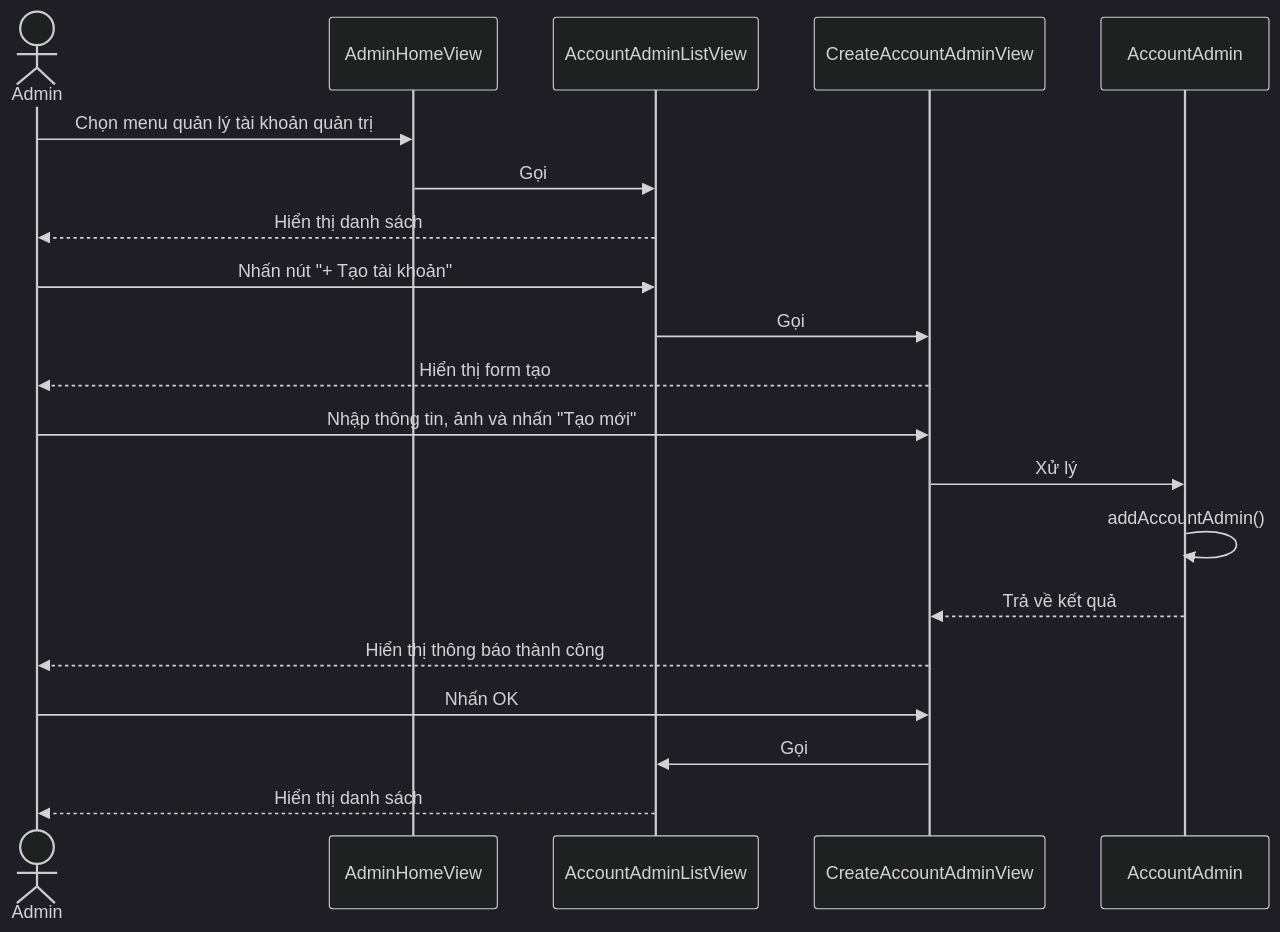
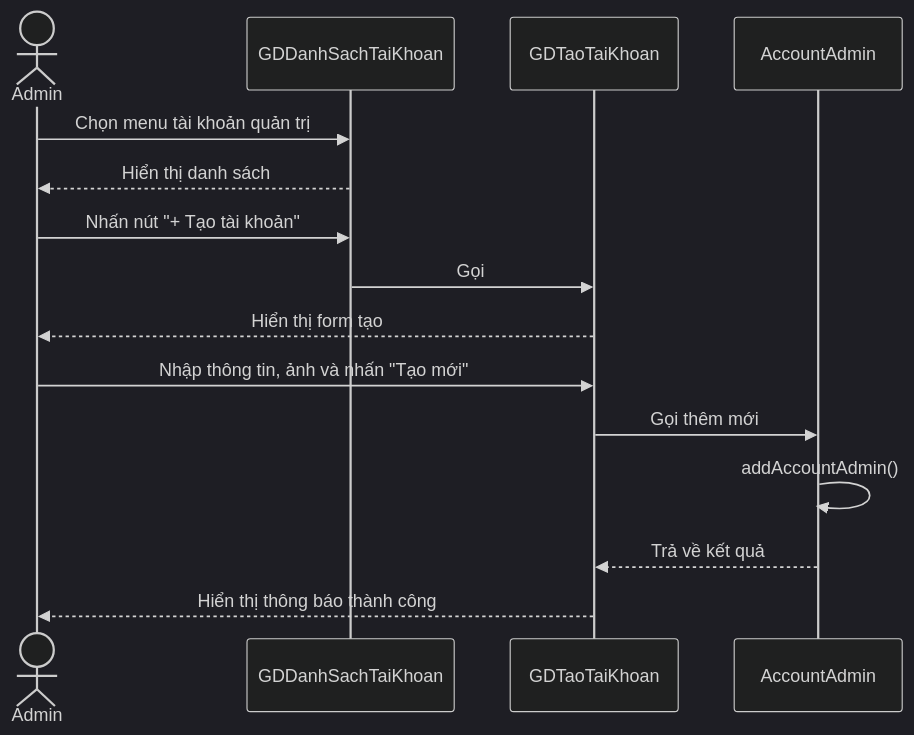
Diagram 14 of 44 in SYSTEM_DESIGN_ADMIN_SETTING_PROFILE.md (Hieuit04/Travel-Tour-Booking), drawn with Mermaid (dark theme) before and after one commit. The commit also changed other lines of this file and 35 other files, not shown here.

Commit message:
hiển thị dữ liệu ra top header

````diff
--- a/SYSTEM_DESIGN_ADMIN_SETTING_PROFILE.md
+++ b/SYSTEM_DESIGN_ADMIN_SETTING_PROFILE.md
@@ -349,23 +1068,18 @@
 ```mermaid
 sequenceDiagram
     actor Admin
-    participant AdminHomeView
-    participant AccountAdminListView
-    participant CreateAccountAdminView
+    participant GDDanhSachTaiKhoan
+    participant GDTaoTaiKhoan
     participant AccountAdmin
 
-    Admin->>AdminHomeView: Chọn menu quản lý tài khoản quản trị
-    AdminHomeView->>AccountAdminListView: Gọi
-    AccountAdminListView-->>Admin: Hiển thị danh sách
-    Admin->>AccountAdminListView: Nhấn nút "+ Tạo tài khoản"
-    AccountAdminListView->>CreateAccountAdminView: Gọi
-    CreateAccountAdminView-->>Admin: Hiển thị form tạo
-    Admin->>CreateAccountAdminView: Nhập thông tin, ảnh và nhấn "Tạo mới"
-    CreateAccountAdminView->>AccountAdmin: Xử lý
+    Admin->>GDDanhSachTaiKhoan: Chọn menu tài khoản quản trị
+    GDDanhSachTaiKhoan-->>Admin: Hiển thị danh sách
+    Admin->>GDDanhSachTaiKhoan: Nhấn nút "+ Tạo tài khoản"
+    GDDanhSachTaiKhoan->>GDTaoTaiKhoan: Gọi
+    GDTaoTaiKhoan-->>Admin: Hiển thị form tạo
+    Admin->>GDTaoTaiKhoan: Nhập thông tin, ảnh và nhấn "Tạo mới"
+    GDTaoTaiKhoan->>AccountAdmin: Gọi thêm mới
     AccountAdmin->>AccountAdmin: addAccountAdmin()
-    AccountAdmin-->>CreateAccountAdminView: Trả về kết quả
-    CreateAccountAdminView-->>Admin: Hiển thị thông báo thành công
-    Admin->>CreateAccountAdminView: Nhấn OK
-    CreateAccountAdminView->>AccountAdminListView: Gọi
-    AccountAdminListView-->>Admin: Hiển thị danh sách
+    AccountAdmin-->>GDTaoTaiKhoan: Trả về kết quả
+    GDTaoTaiKhoan-->>Admin: Hiển thị thông báo thành công
 ```
````
